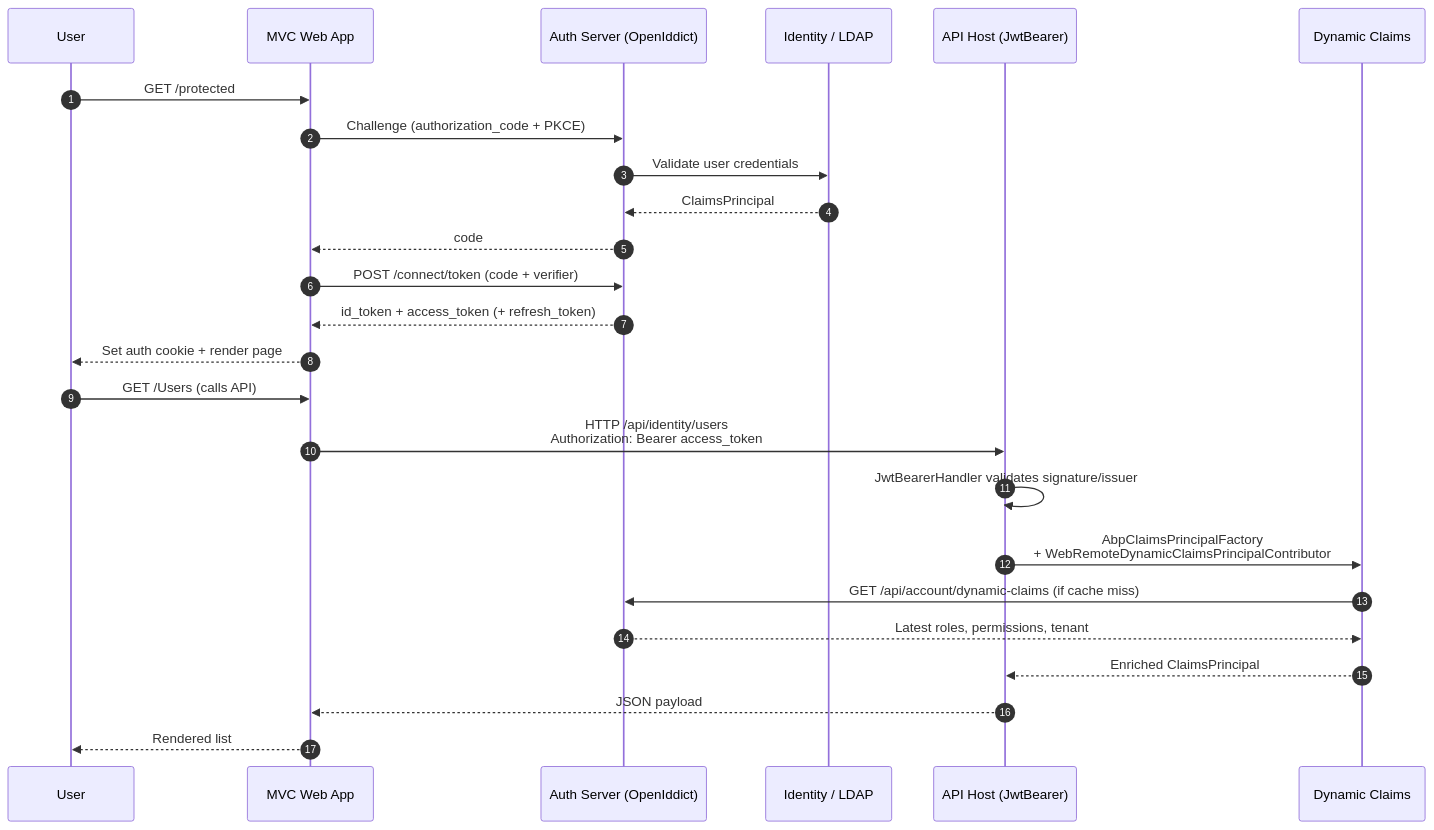
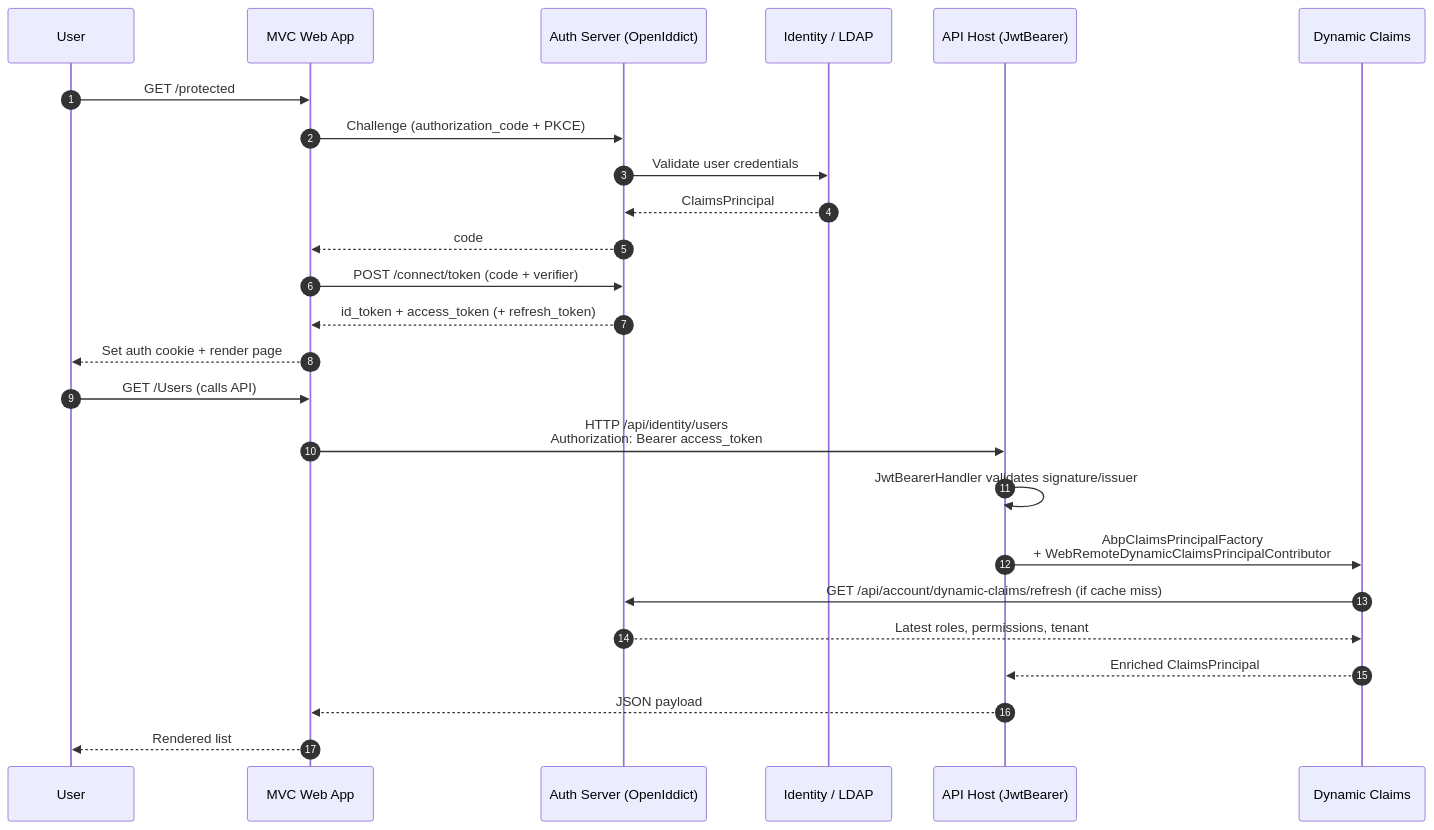
One commit to mintlify-atlas/docs-wiki-d74bb1cc changed the second of 2 diagrams in auth/overview.mdx. Above: the diagram before and after it, drawn with Mermaid. The commit also changed 77 other files, not shown here.

Commit message:
docs: review pass — accuracy audit, source verification, and added flow pages

````diff
--- a/auth/overview.mdx
+++ b/auth/overview.mdx
@@ -123,28 +123,28 @@
 ```mermaid
 sequenceDiagram
     autonumber
     participant U as User
     participant MVC as MVC Web App
     participant AS as Auth Server (OpenIddict)
     participant IdSvc as Identity / LDAP
     participant API as API Host (JwtBearer)
     participant DC as Dynamic Claims
 
     U->>MVC: GET /protected
     MVC->>AS: Challenge (authorization_code + PKCE)
     AS->>IdSvc: Validate user credentials
     IdSvc-->>AS: ClaimsPrincipal
     AS-->>MVC: code
     MVC->>AS: POST /connect/token (code + verifier)
     AS-->>MVC: id_token + access_token (+ refresh_token)
     MVC-->>U: Set auth cookie + render page
     U->>MVC: GET /Users (calls API)
     MVC->>API: HTTP /api/identity/users<br/>Authorization: Bearer access_token
     API->>API: JwtBearerHandler validates signature/issuer
     API->>DC: AbpClaimsPrincipalFactory<br/>+ WebRemoteDynamicClaimsPrincipalContributor
-    DC->>AS: GET /api/account/dynamic-claims (if cache miss)
+    DC->>AS: GET /api/account/dynamic-claims/refresh (if cache miss)
     AS-->>DC: Latest roles, permissions, tenant
     DC-->>API: Enriched ClaimsPrincipal
     API-->>MVC: JSON payload
     MVC-->>U: Rendered list
 ```
````
